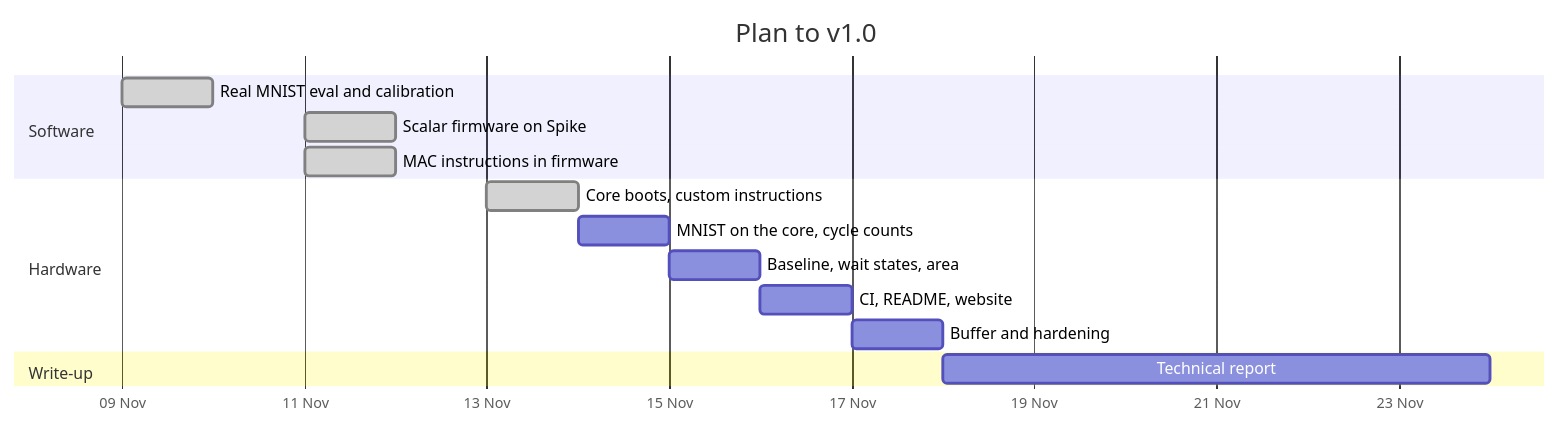
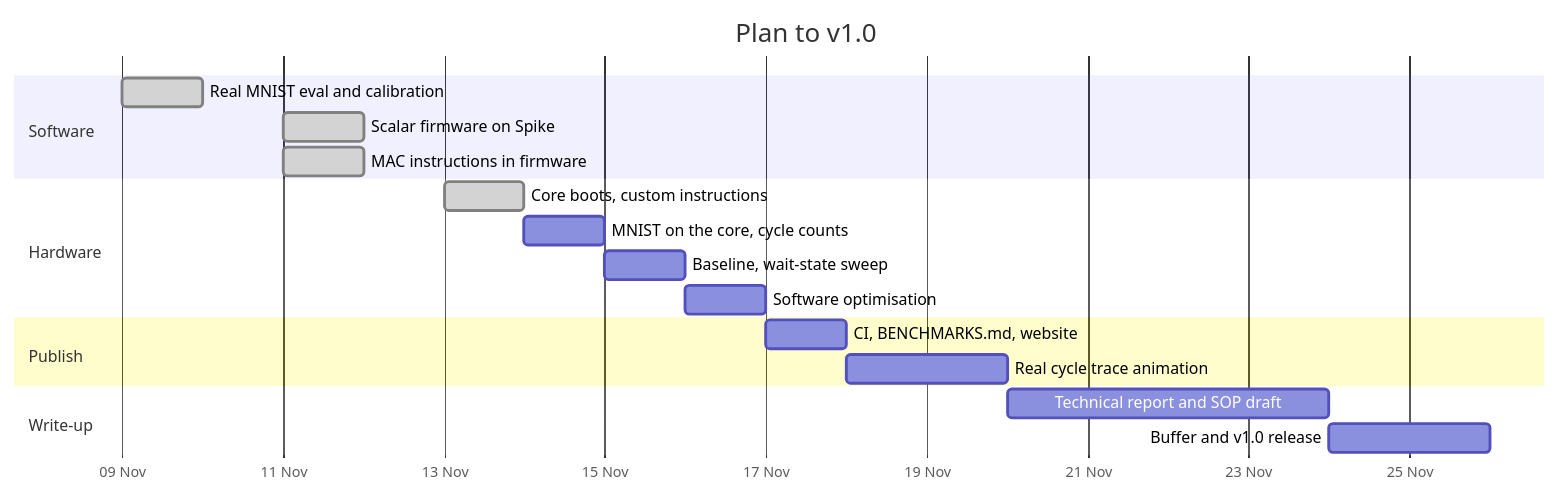
The fifth of 5 diagrams in README.md (sajedulislam5840/riscv-edge-ai), drawn with Mermaid before and after one commit. The commit also changed other lines of this file, not shown here.

Commit message:
README: execution plan for the remaining work, with wait-state sweep, software optimisation and cycle trace

````diff
--- a/README.md
+++ b/README.md
@@ -309,18 +309,21 @@
 ```mermaid
 gantt
     title Plan to v1.0
     dateFormat YYYY-MM-DD
     axisFormat %d %b
     section Software
     Real MNIST eval and calibration :done, a1, 2026-11-09, 1d
     Scalar firmware on Spike        :done, a2, 2026-11-11, 1d
     MAC instructions in firmware    :done, a2b, 2026-11-11, 1d
     section Hardware
-    Core boots, custom instructions :done, a3a, 2026-11-13, 1d
-    MNIST on the core, cycle counts :a3b, after a3a, 1d
-    Baseline, wait states, area     :a3c, after a3b, 1d
-    CI, README, website             :a3d, after a3c, 1d
-    Buffer and hardening            :a3e, after a3d, 1d
+    Core boots, custom instructions :done, h1, 2026-11-13, 1d
+    MNIST on the core, cycle counts :h2, 2026-11-14, 1d
+    Baseline, wait-state sweep      :h3, 2026-11-15, 1d
+    Software optimisation           :h4, 2026-11-16, 1d
+    section Publish
+    CI, BENCHMARKS.md, website      :p1, 2026-11-17, 1d
+    Real cycle trace animation      :p2, 2026-11-18, 2d
     section Write-up
-    Technical report                :a4, 2026-11-18, 6d
+    Technical report and SOP draft  :w1, 2026-11-20, 4d
+    Buffer and v1.0 release         :w2, 2026-11-24, 2d
 ```
````
